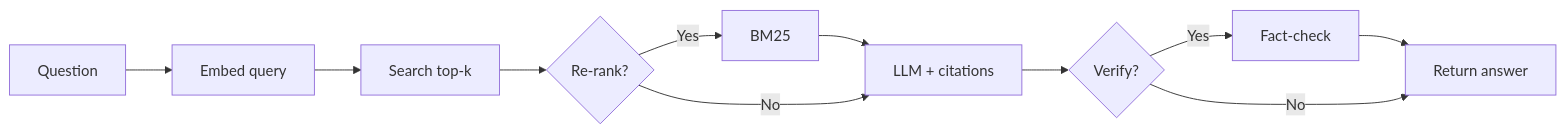
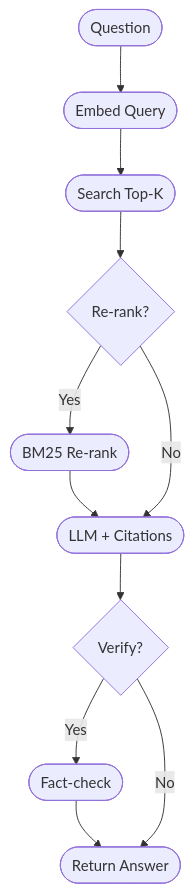
One commit to prthmmkhija1/RAGsystem changed the third of 4 diagrams in README.md. Above: the diagram before and after it, drawn with Mermaid. The commit also changed other lines of this file, not shown here.

Commit message:
Redesign mermaid diagrams - compact vertical layout

````diff
--- a/README.md
+++ b/README.md
@@ -38,10 +41,10 @@
 ```mermaid
-flowchart LR
-    A[Question] --> B[Embed query] --> C[Search top-k]
+flowchart TD
+    A([Question]) --> B([Embed Query]) --> C([Search Top-K])
     C --> D{Re-rank?}
-    D -->|Yes| E[BM25] --> G[LLM + citations]
-    D -->|No| G
-    G --> H{Verify?}
-    H -->|Yes| I[Fact-check] --> J[Return answer]
-    H -->|No| J
+    D -- Yes --> E([BM25 Re-rank]) --> F
+    D -- No --> F([LLM + Citations])
+    F --> G{Verify?}
+    G -- Yes --> H([Fact-check]) --> I([Return Answer])
+    G -- No --> I
 ```
````
